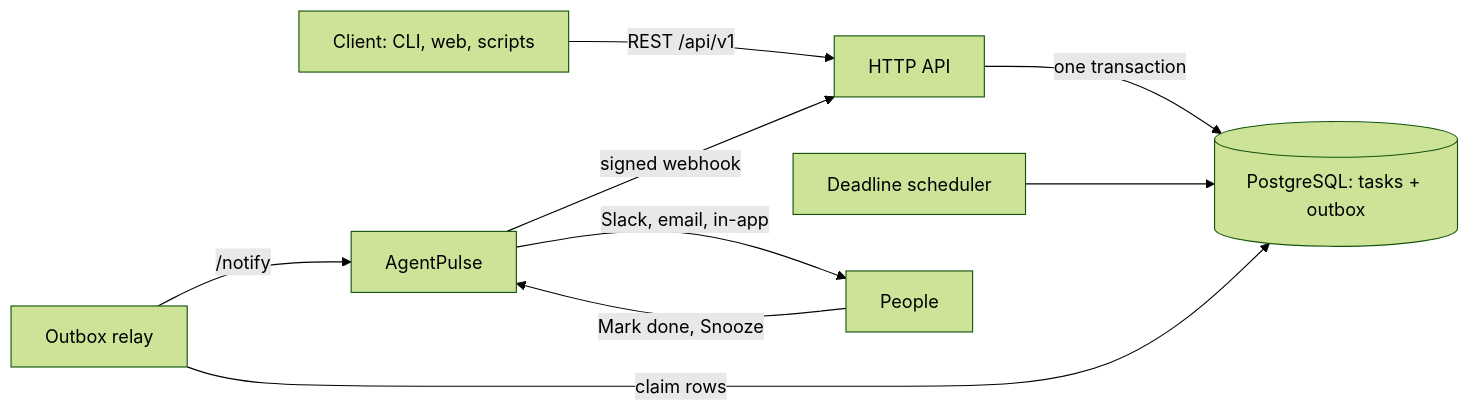
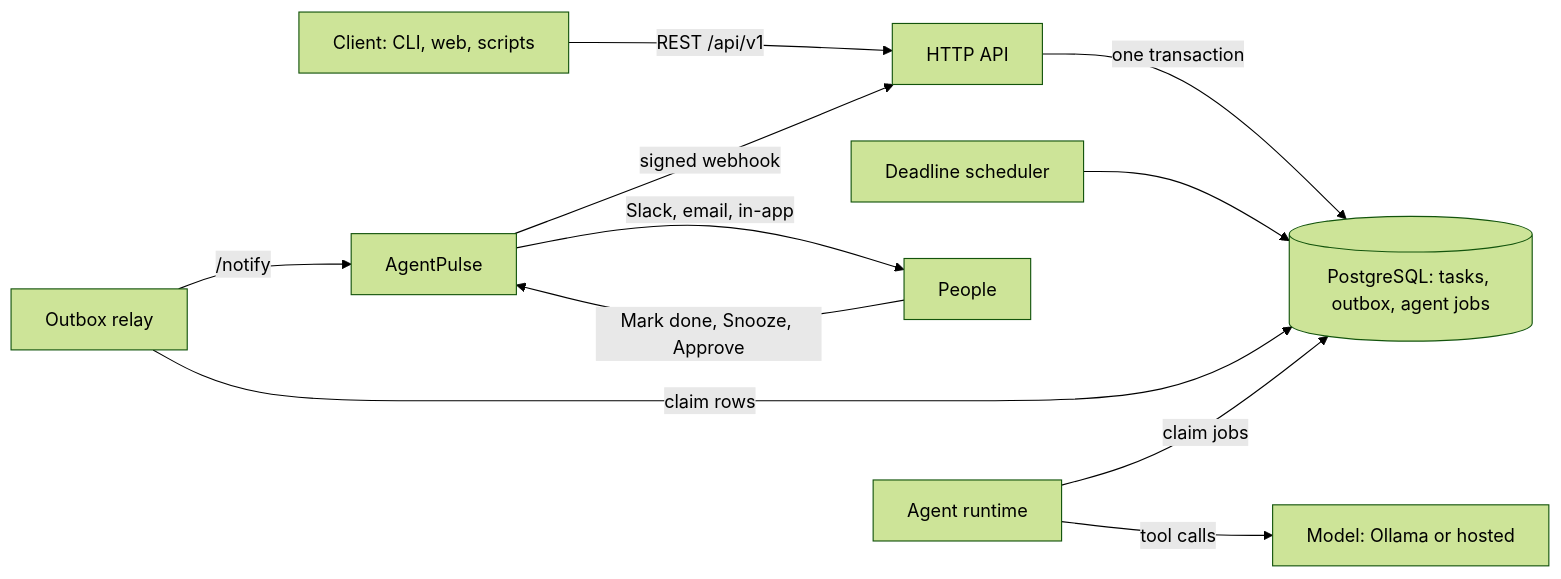
One commit to rtrtarun/taskify changed the diagram in README.md. Above: the diagram before and after it, drawn with Mermaid (forest theme). The commit also changed other lines of this file, not shown here.

Commit message:
docs: restructure the README with badges, contents, features, and roadmap

````diff
--- a/README.md
+++ b/README.md
@@ -19,11 +48,13 @@
 ```mermaid
 flowchart LR
     client["Client: CLI, web, scripts"] -->|"REST /api/v1"| api["HTTP API"]
-    api -->|"one transaction"| pg[("PostgreSQL: tasks + outbox")]
+    api -->|"one transaction"| pg[("PostgreSQL: tasks, outbox, agent jobs")]
     sched["Deadline scheduler"] --> pg
     relay["Outbox relay"] -->|"claim rows"| pg
     relay -->|"/notify"| ap["AgentPulse"]
     ap -->|"Slack, email, in-app"| user["People"]
-    user -->|"Mark done, Snooze"| ap
+    user -->|"Mark done, Snooze, Approve"| ap
     ap -->|"signed webhook"| api
+    runtime["Agent runtime"] -->|"claim jobs"| pg
+    runtime -->|"tool calls"| llm["Model: Ollama or hosted"]
 ```
````
